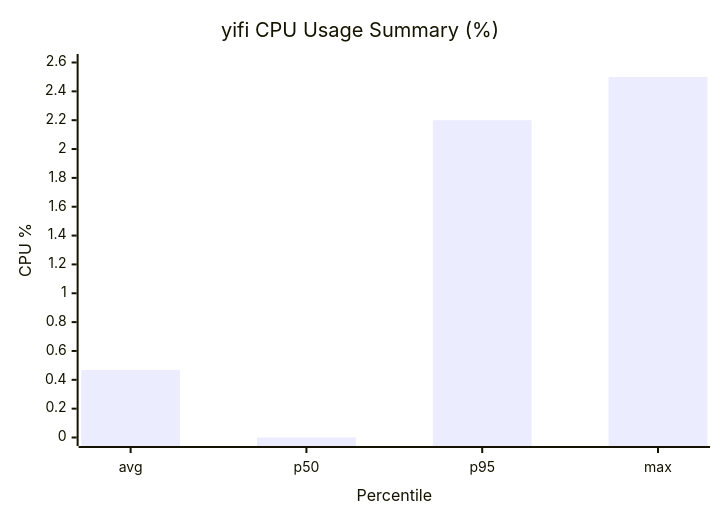
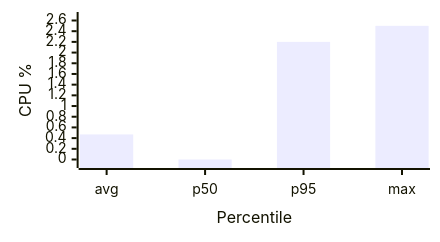
Before and after one commit to itsnauman/yifi: the first of 2 diagrams in README.md, drawn with Mermaid. The commit also changed other lines of this file, not shown here.

Commit message:
docs: shrink README mermaid chart rendering

````diff
--- a/README.md
+++ b/README.md
@@ -32,7 +32,7 @@
 ```mermaid
+%%{init: {"xyChart": {"width": 420, "height": 220}} }%%
 xychart-beta
-    title "yifi CPU Usage Summary (%)"
     x-axis "Percentile" ["avg","p50","p95","max"]
     y-axis "CPU %" 0 --> 2.6
     bar [0.469,0.000,2.200,2.500]
 ```
````
